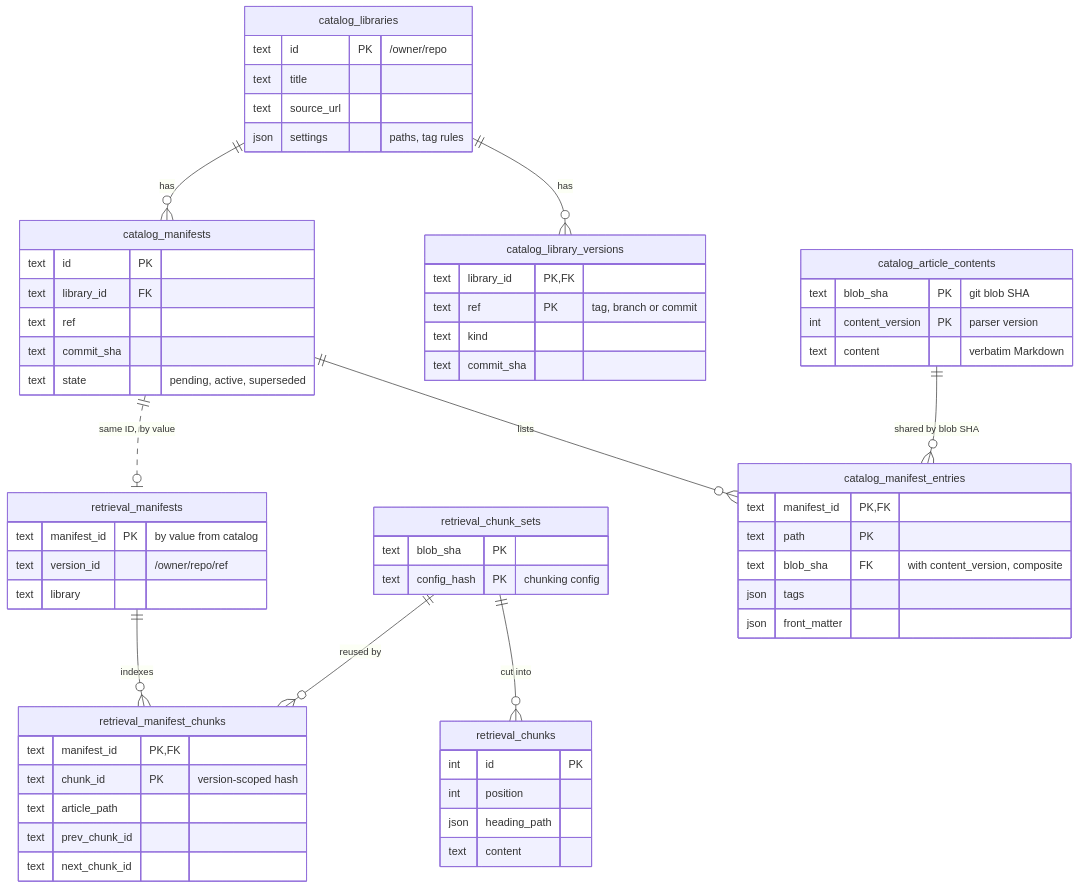
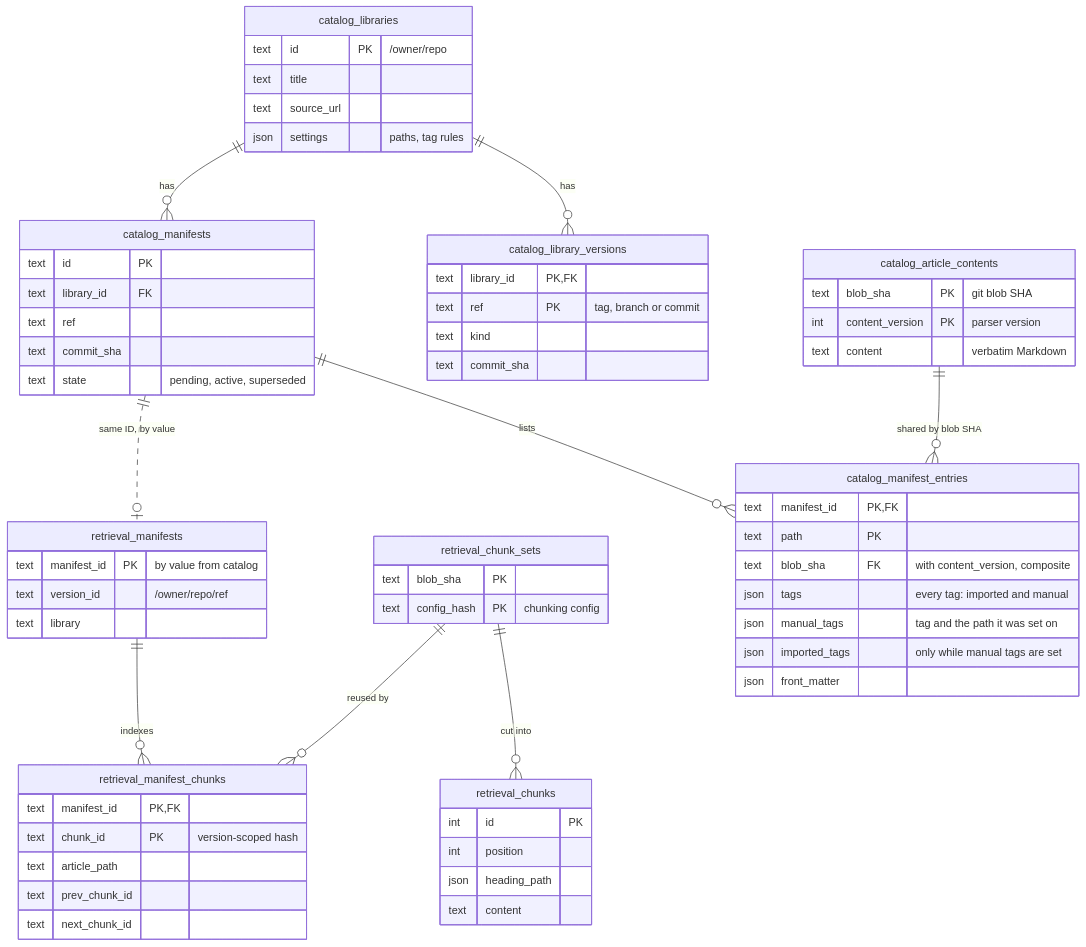
One commit to SirCypkowskyy/ExactDocs changed the second of 5 diagrams in docs/architecture.md. Above: the diagram before and after it, drawn with Mermaid. The commit also changed other lines of this file and 50 other files, not shown here.

First line of the commit message:
feat(catalog): users tag articles by hand, and manual tags follow renames (#68) (#202)

````diff
--- a/docs/architecture.md
+++ b/docs/architecture.md
@@ -190,68 +201,70 @@
 ```mermaid
 erDiagram
     catalog_libraries ||--o{ catalog_library_versions : "has"
     catalog_libraries ||--o{ catalog_manifests : "has"
     catalog_manifests ||--o{ catalog_manifest_entries : "lists"
     catalog_article_contents ||--o{ catalog_manifest_entries : "shared by blob SHA"
 
     catalog_libraries {
         text id PK "/owner/repo"
         text title
         text source_url
         json settings "paths, tag rules"
     }
     catalog_library_versions {
         text library_id PK, FK
         text ref PK "tag, branch or commit"
         text kind
         text commit_sha
     }
     catalog_manifests {
         text id PK
         text library_id FK
         text ref
         text commit_sha
         text state "pending, active, superseded"
     }
     catalog_manifest_entries {
         text manifest_id PK, FK
         text path PK
         text blob_sha FK "with content_version, composite"
-        json tags
+        json tags "every tag: imported and manual"
+        json manual_tags "tag and the path it was set on"
+        json imported_tags "only while manual tags are set"
         json front_matter
     }
     catalog_article_contents {
         text blob_sha PK "git blob SHA"
         int content_version PK "parser version"
         text content "verbatim Markdown"
     }
 
     retrieval_chunk_sets ||--o{ retrieval_chunks : "cut into"
     retrieval_chunk_sets ||--o{ retrieval_manifest_chunks : "reused by"
     retrieval_manifests ||--o{ retrieval_manifest_chunks : "indexes"
 
     retrieval_chunk_sets {
         text blob_sha PK
         text config_hash PK "chunking config"
     }
     retrieval_chunks {
         int id PK
         int position
         json heading_path
         text content
     }
     retrieval_manifests {
         text manifest_id PK "by value from catalog"
         text version_id "/owner/repo/ref"
         text library
     }
     retrieval_manifest_chunks {
         text manifest_id PK, FK
         text chunk_id PK "version-scoped hash"
         text article_path
         text prev_chunk_id
         text next_chunk_id
     }
 
     catalog_manifests ||..o| retrieval_manifests : "same ID, by value"
 ```
````
